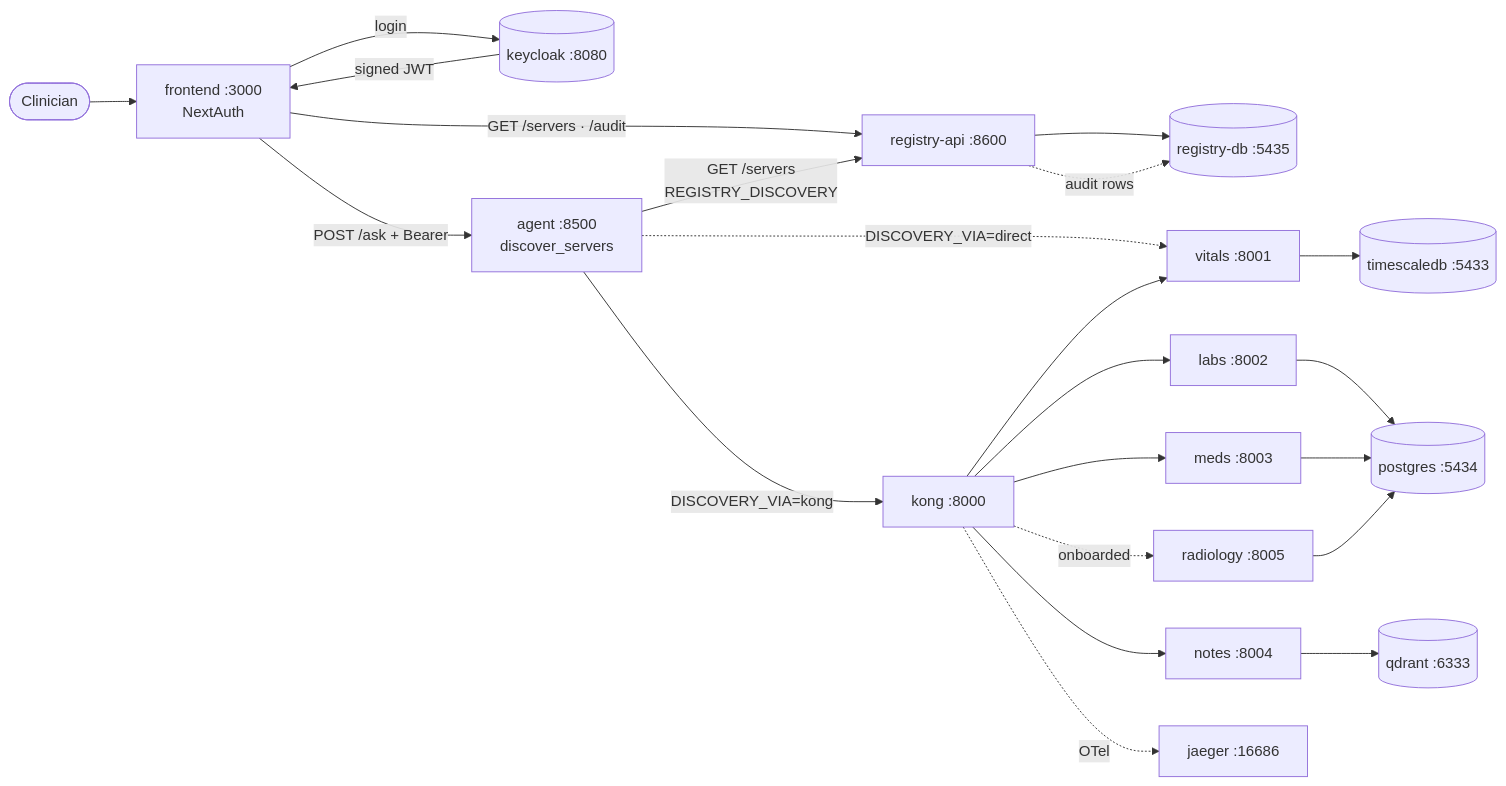
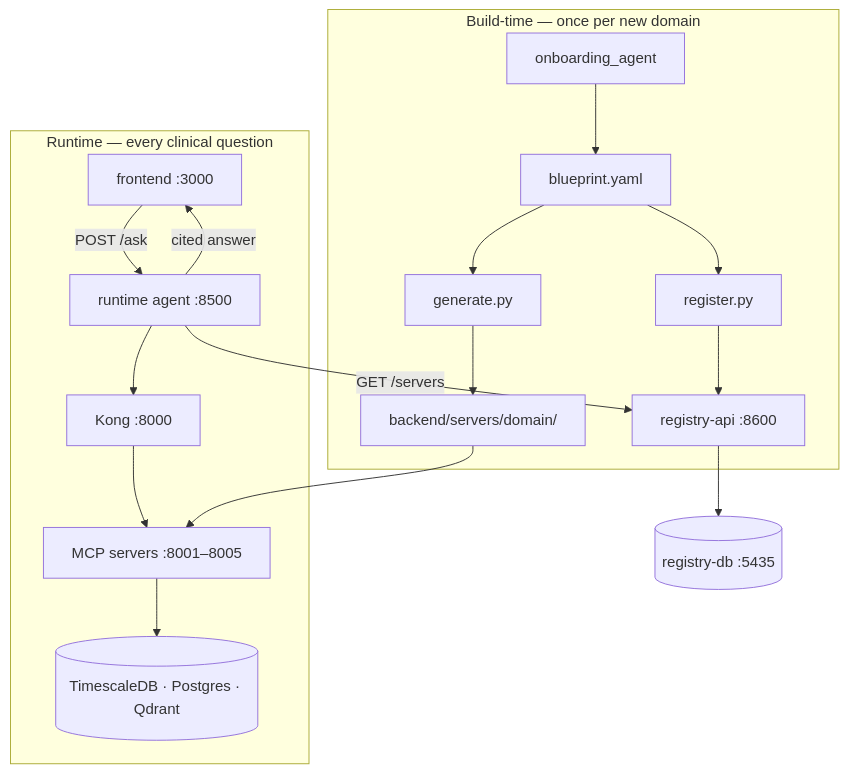
Before and after one commit to aakash-p-s/MCP-Data-Factory: the diagram in README.md, drawn with Mermaid. The commit also changed other lines of this file, not shown here.

````diff
--- a/README.md
+++ b/README.md
@@ -153,27 +164,20 @@
 ```mermaid
-flowchart LR
-    U([Clinician]) --> FE[frontend :3000<br/>NextAuth]
-    FE -->|login| KC[(keycloak :8080)]
-    KC -->|signed JWT| FE
-    FE -->|POST /ask + Bearer| AG[agent :8500<br/>discover_servers]
-    FE -->|GET /servers · /audit| RA[registry-api :8600]
-    AG -->|GET /servers<br/>REGISTRY_DISCOVERY| RA
+flowchart TB
+    subgraph BUILD["Build-time — once per new domain"]
+        OA[onboarding_agent] --> BP[blueprint.yaml]
+        BP --> GEN[generate.py] --> SRV[backend/servers/domain/]
+        BP --> REG[register.py] --> RA[registry-api :8600]
+    end
+
+    subgraph RUNTIME["Runtime — every clinical question"]
+        FE[frontend :3000] -->|POST /ask| AG[runtime agent :8500]
+        AG -->|GET /servers| RA
+        AG --> KONG[Kong :8000]
+        KONG --> MCP[MCP servers :8001–8005]
+        MCP --> DATA[(TimescaleDB · Postgres · Qdrant)]
+        AG -->|cited answer| FE
+    end
+
+    SRV --> MCP
     RA --> RDB[(registry-db :5435)]
-    AG -->|DISCOVERY_VIA=kong| KONG[kong :8000]
-    AG -.DISCOVERY_VIA=direct.-> V
-
-    KONG --> V[vitals :8001]
-    KONG --> L[labs :8002]
-    KONG --> M[meds :8003]
-    KONG --> N[notes :8004]
-    KONG -.onboarded.-> R[radiology :8005]
-
-    V --> TS[(timescaledb :5433)]
-    L --> PG[(postgres :5434)]
-    M --> PG
-    N --> QD[(qdrant :6333)]
-    R --> PG
-
-    KONG -.OTel.-> J[jaeger :16686]
-    RA -.audit rows.-> RDB
 ```
````
